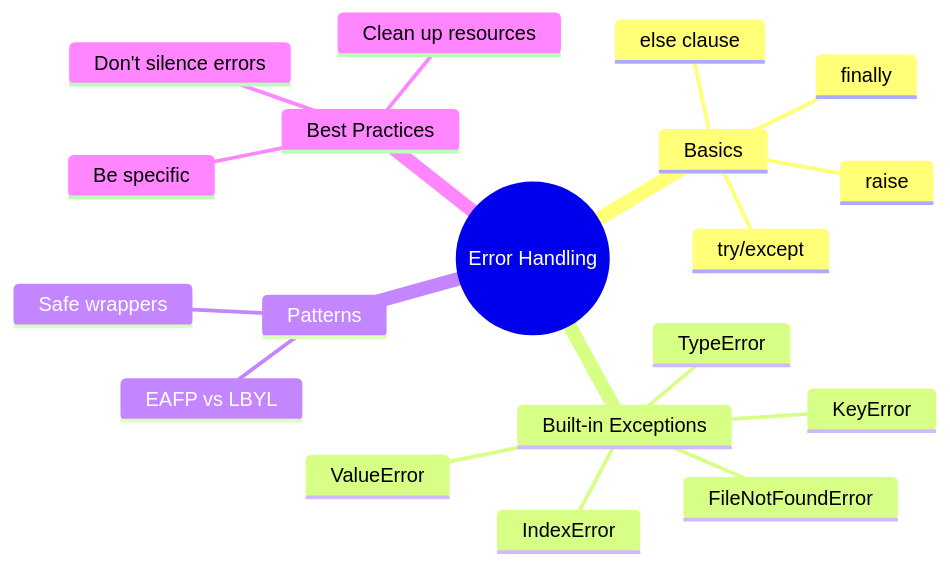
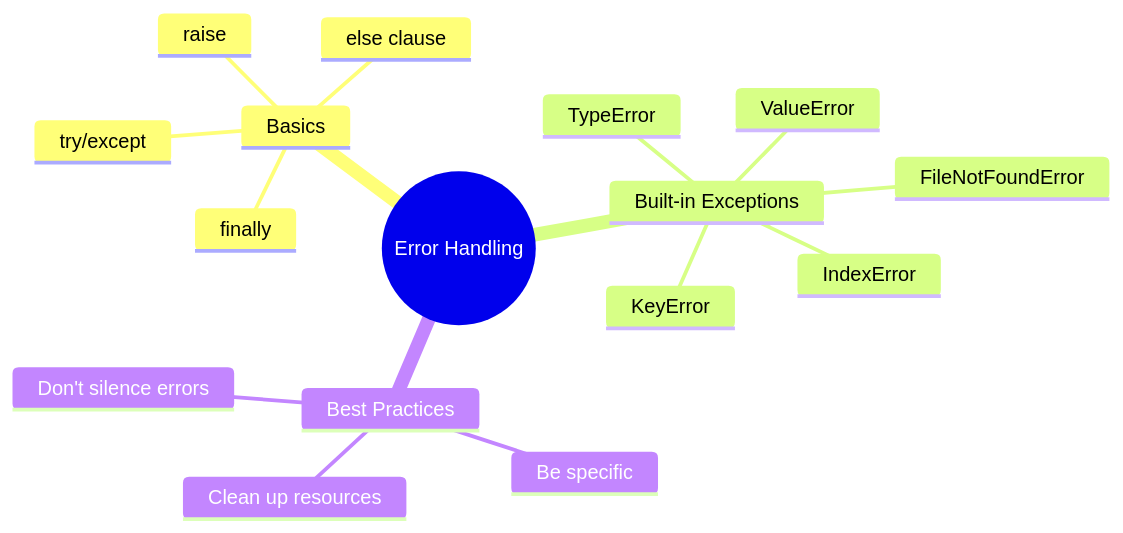
The diagram in errors/_docs/_table_of_contents.md (mAbduqayum/python-workbook), drawn with Mermaid before and after one commit. The commit also changed 17 other files, not shown here.

````diff
--- a/errors/_docs/_table_of_contents.md
+++ b/errors/_docs/_table_of_contents.md
@@ -3,22 +3,19 @@
 ```mermaid
 mindmap
     root((Error Handling))
         Basics
             try/except
             finally
             else clause
             raise
         Built-in Exceptions
             ValueError
             TypeError
             KeyError
             IndexError
             FileNotFoundError
-        Patterns
-            EAFP vs LBYL
-            Safe wrappers
         Best Practices
             Be specific
             Don't silence errors
             Clean up resources
 ```
````
